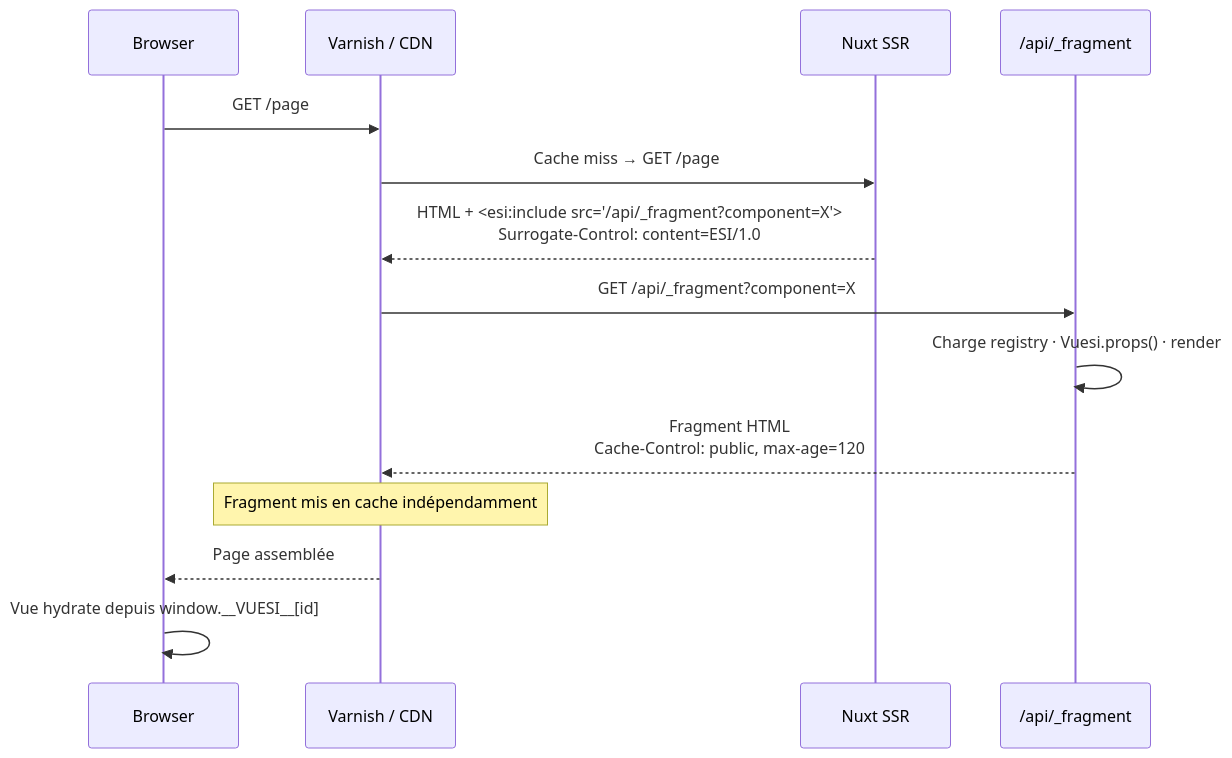
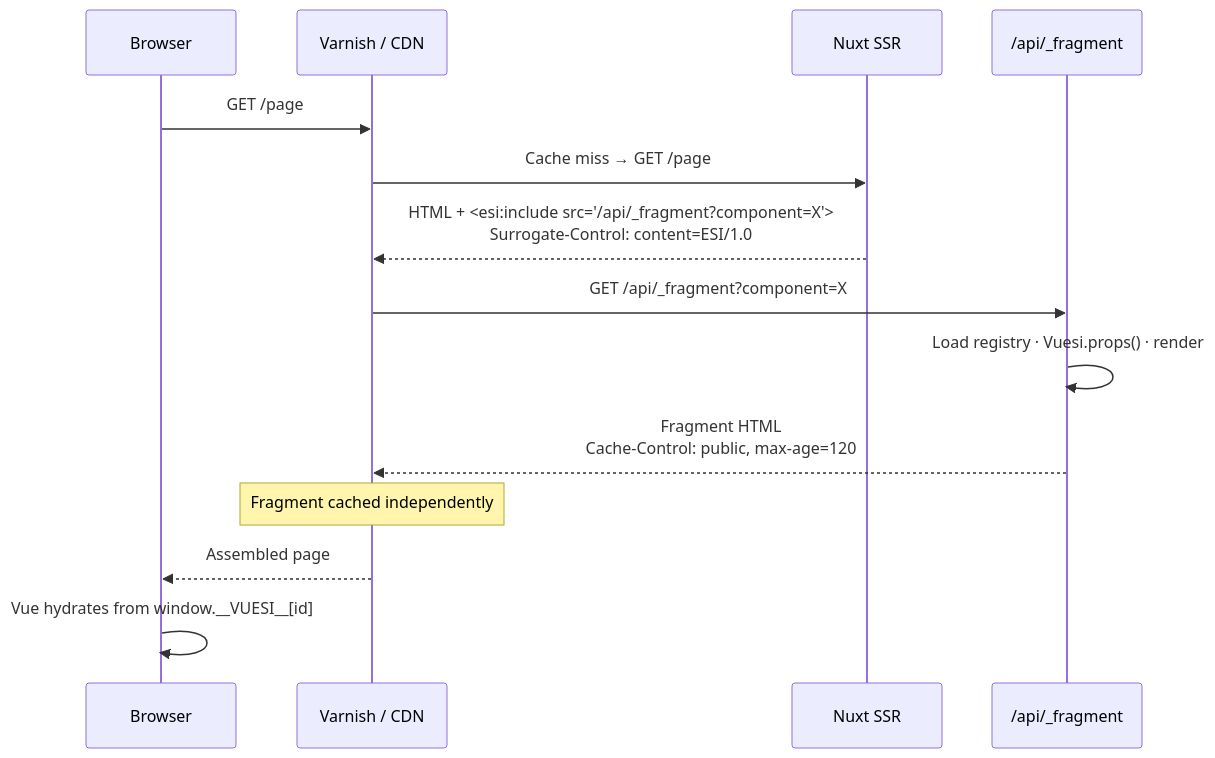
The diagram in README.md (jamyouss/vuesi), drawn with Mermaid before and after one commit. The commit also changed other lines of this file and 1 other file, not shown here.

````diff
--- a/README.md
+++ b/README.md
@@ -54,17 +52,17 @@
 ```mermaid
 sequenceDiagram
     participant B as Browser
     participant V as Varnish / CDN
     participant N as Nuxt SSR
     participant F as /api/_fragment
 
     B->>V: GET /page
     V->>N: Cache miss → GET /page
     N-->>V: HTML + <esi:include src="/api/_fragment?component=X"><br/>Surrogate-Control: content=ESI/1.0
     V->>F: GET /api/_fragment?component=X
-    F->>F: Charge registry · Vuesi.props() · render
+    F->>F: Load registry · Vuesi.props() · render
     F-->>V: Fragment HTML<br/>Cache-Control: public, max-age=120
-    Note over V: Fragment mis en cache indépendamment
-    V-->>B: Page assemblée
-    B->>B: Vue hydrate depuis window.__VUESI__[id]
+    Note over V: Fragment cached independently
+    V-->>B: Assembled page
+    B->>B: Vue hydrates from window.__VUESI__[id]
 ```
````
